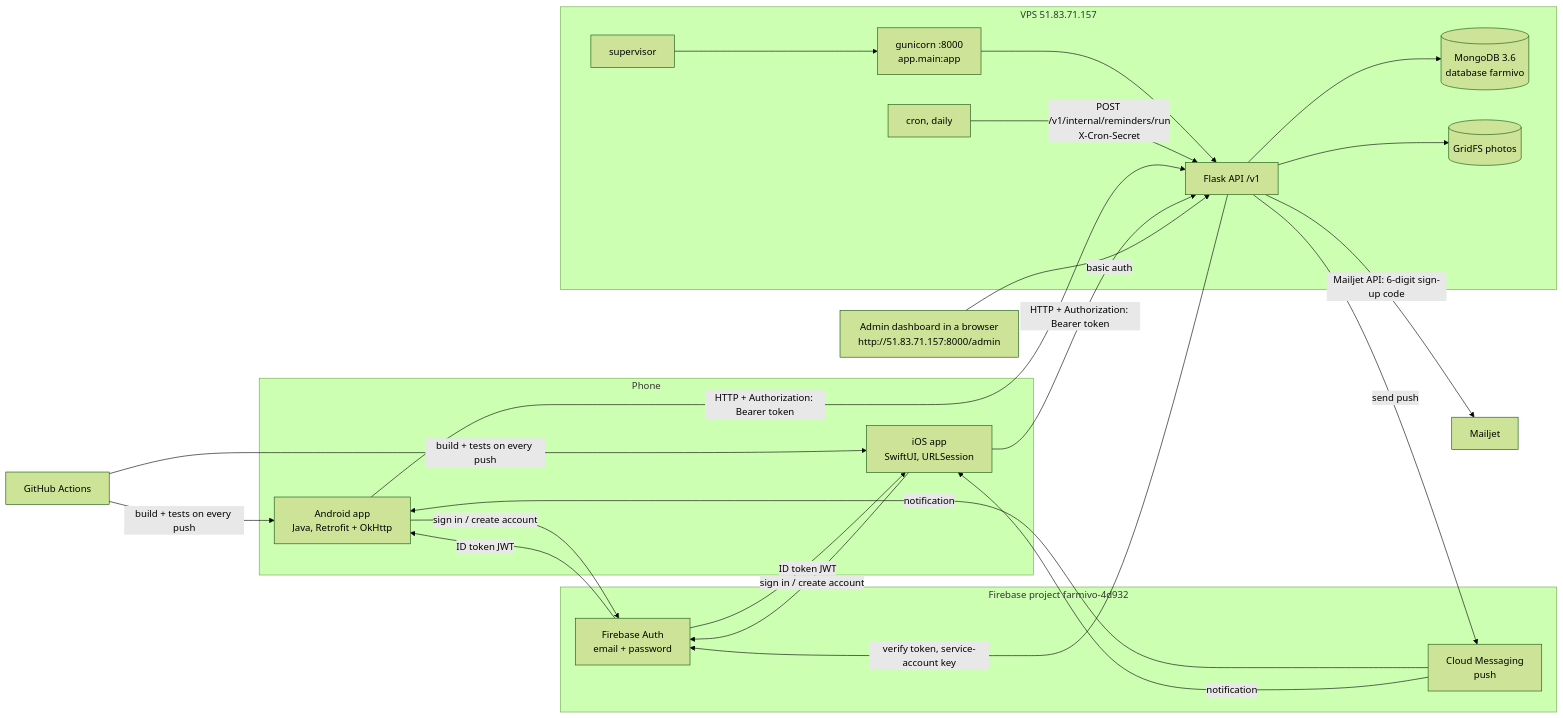
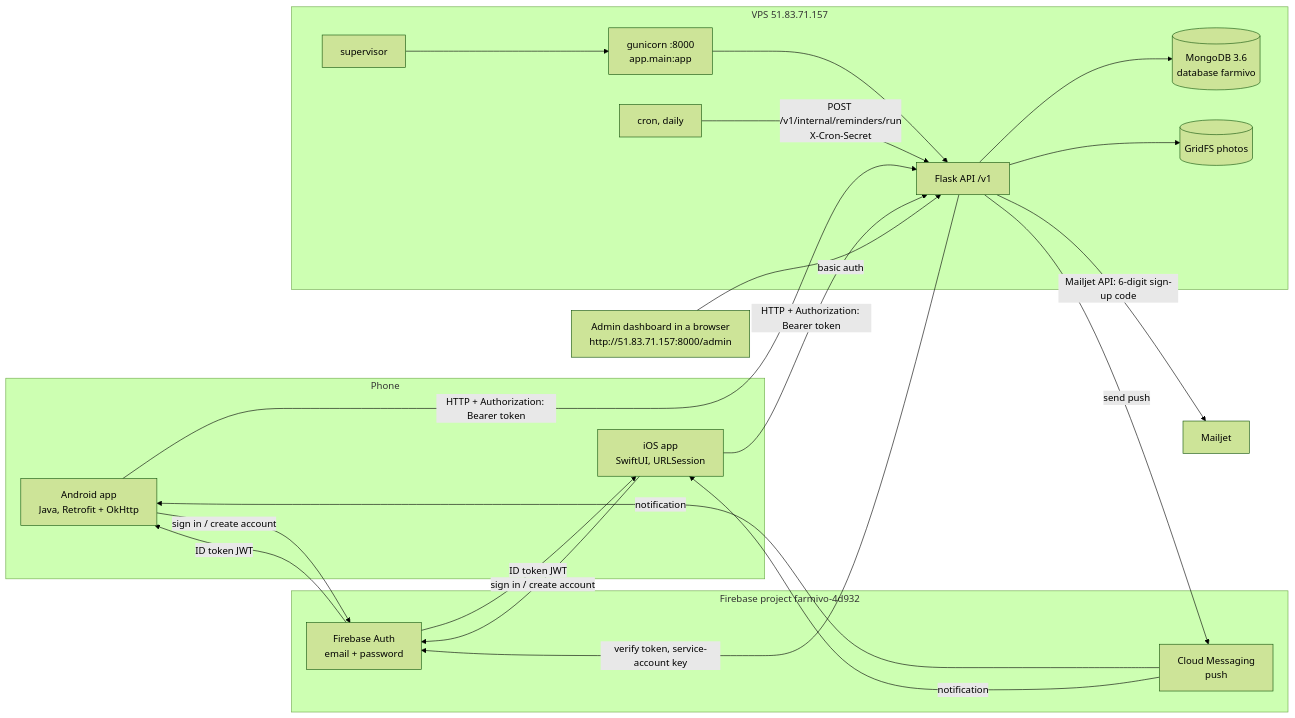
Before and after one commit to haythoum/farmivo_backend: the first of 13 diagrams in docs/SYSTEM_GUIDE.md, drawn with Mermaid (forest theme). The commit also changed other lines of this file and 5 other files, not shown here.

First line of the commit message:
Docs: GitHub Actions builds stopped (cost)

````diff
--- a/docs/SYSTEM_GUIDE.md
+++ b/docs/SYSTEM_GUIDE.md
@@ -19,27 +19,26 @@
 ```mermaid
 flowchart LR
   subgraph Phone
     A[Android app<br/>Java, Retrofit + OkHttp]
     I[iOS app<br/>SwiftUI, URLSession]
   end
   subgraph Google[Firebase project farmivo-4d932]
     AUTH[Firebase Auth<br/>email + password]
     FCM[Cloud Messaging<br/>push]
   end
   subgraph Server[VPS 51.83.71.157]
     SUP[supervisor] --> GU[gunicorn :8000<br/>app.main:app]
     GU --> FL[Flask API /v1]
     FL --> MDB[(MongoDB 3.6<br/>database farmivo)]
     FL --> GFS[(GridFS photos)]
     CRON[cron, daily] -->|POST /v1/internal/reminders/run<br/>X-Cron-Secret| FL
   end
   A & I -->|sign in / create account| AUTH
   AUTH -->|ID token JWT| A & I
   A & I -->|HTTP + Authorization: Bearer token| FL
   FL -->|verify token, service-account key| AUTH
   FL -->|send push| FCM
   FCM -->|notification| A & I
   FL -->|Mailjet API: 6-digit sign-up code| MAIL[Mailjet]
   ADM[Admin dashboard in a browser<br/>http://51.83.71.157:8000/admin] -->|basic auth| FL
-  GH[GitHub Actions] -->|build + tests on every push| A & I
 ```
````
